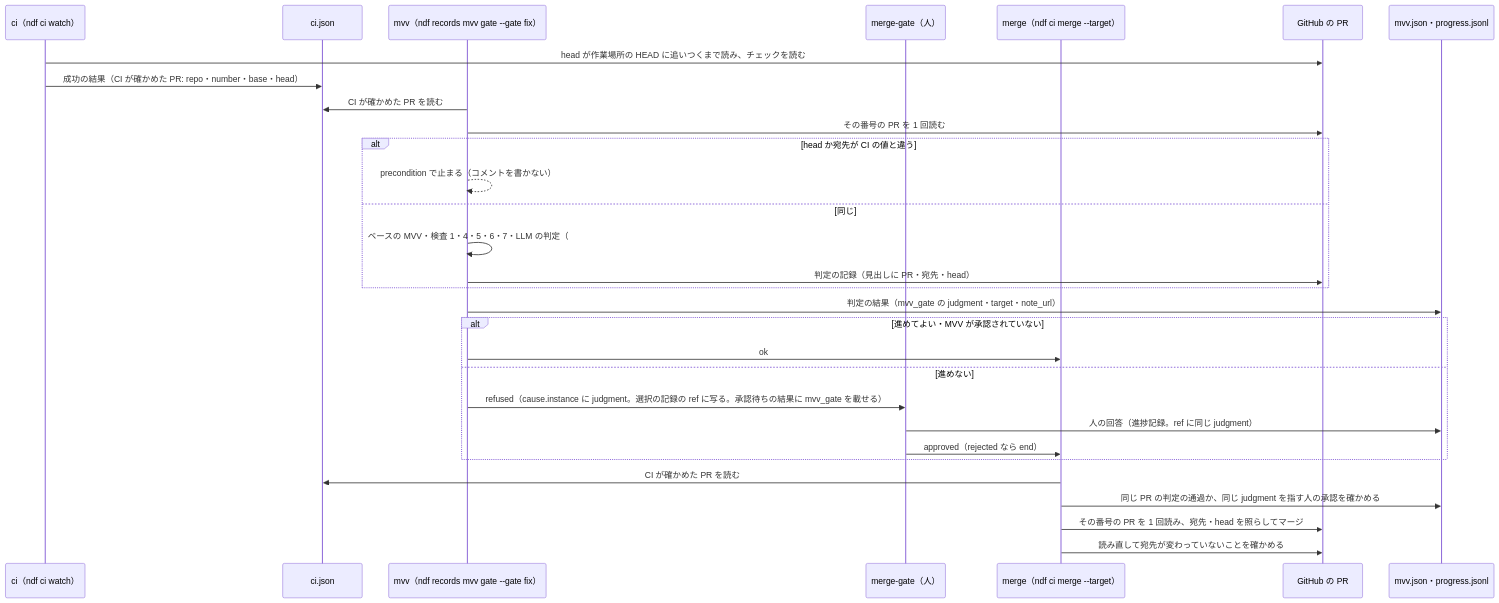
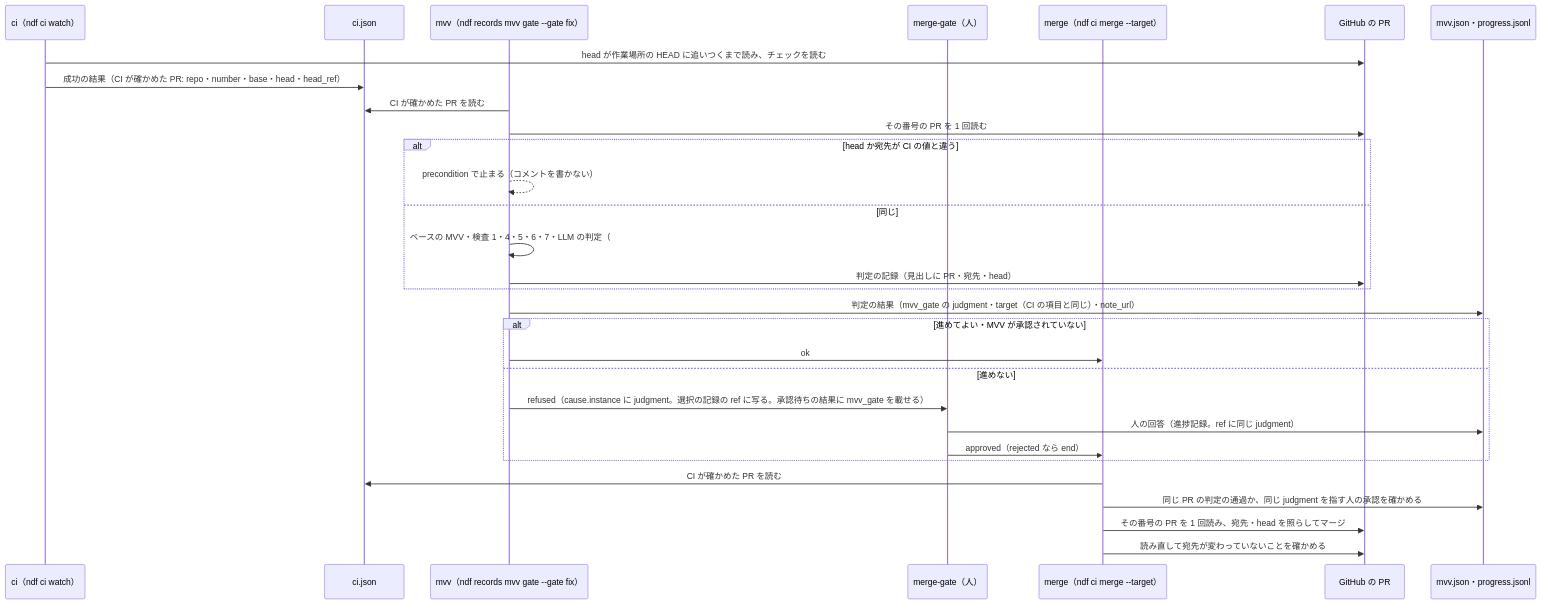
The third of 3 diagrams in issues/issue-4104-design.md (devbasex/ai-plugins), drawn with Mermaid before and after one commit. The commit also changed other lines of this file and 1 other file, not shown here.

````diff
--- a/issues/issue-4104-design.md
+++ b/issues/issue-4104-design.md
@@ -128,32 +128,32 @@
 ```mermaid
 sequenceDiagram
   participant CI as ci（ndf ci watch）
   participant F as ci.json
   participant G as mvv（ndf records mvv gate --gate fix）
   participant H as merge-gate（人）
   participant M as merge（ndf ci merge --target）
   participant P as GitHub の PR
   participant J as mvv.json・progress.jsonl
   CI->>P: head が作業場所の HEAD に追いつくまで読み、チェックを読む
-  CI->>F: 成功の結果（CI が確かめた PR: repo・number・base・head）
+  CI->>F: 成功の結果（CI が確かめた PR: repo・number・base・head・head_ref）
   G->>F: CI が確かめた PR を読む
   G->>P: その番号の PR を 1 回読む
   alt head か宛先が CI の値と違う
     G-->>G: precondition で止まる（コメントを書かない）
   else 同じ
     G->>G: ベースの MVV・検査 1・4・5・6・7・LLM の判定（#3959 の手順）
     G->>P: 判定の記録（見出しに PR・宛先・head）
   end
-  G->>J: 判定の結果（mvv_gate の judgment・target・note_url）
+  G->>J: 判定の結果（mvv_gate の judgment・target（CI の項目と同じ）・note_url）
   alt 進めてよい・MVV が承認されていない
     G->>M: ok
   else 進めない
     G->>H: refused（cause.instance に judgment。選択の記録の ref に写る。承認待ちの結果に mvv_gate を載せる）
     H->>J: 人の回答（進捗記録。ref に同じ judgment）
     H->>M: approved（rejected なら end）
   end
   M->>F: CI が確かめた PR を読む
   M->>J: 同じ PR の判定の通過か、同じ judgment を指す人の承認を確かめる
   M->>P: その番号の PR を 1 回読み、宛先・head を照らしてマージ
   M->>P: 読み直して宛先が変わっていないことを確かめる
 ```
````
